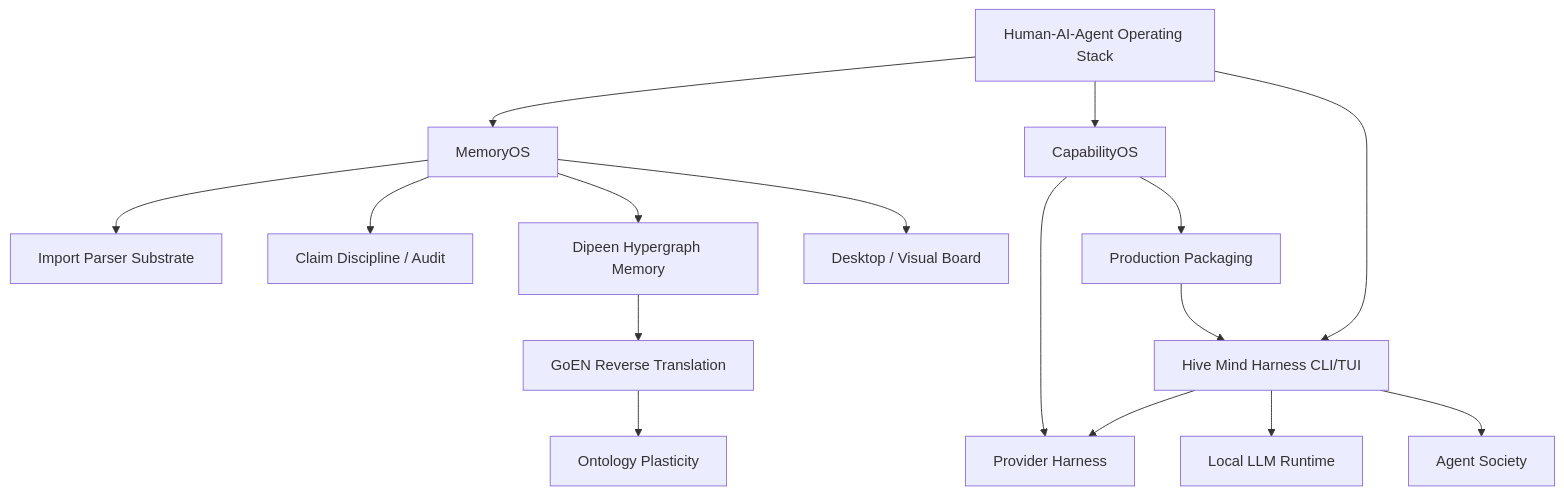
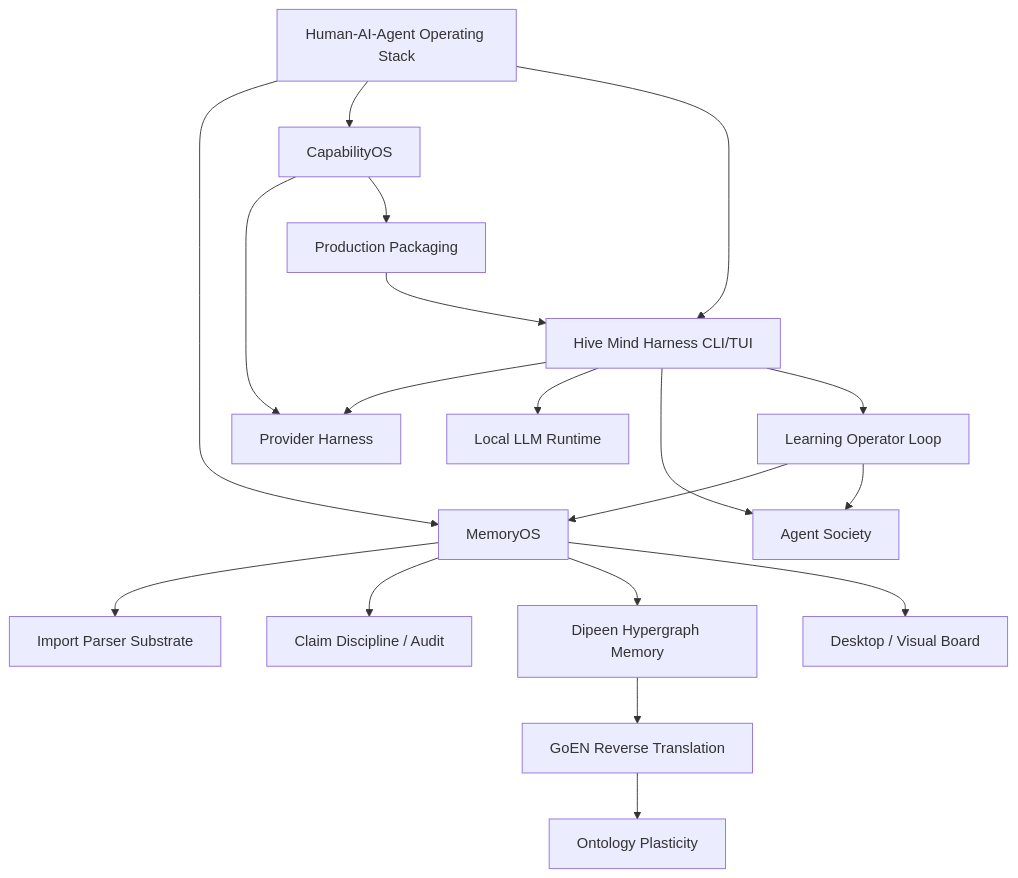
Before and after one commit to cjw0076/hivemind: the diagram in docs/VISION_GRAPH.md, drawn with Mermaid. The commit also changed other lines of this file and 50 other files, not shown here.

````diff
--- a/docs/VISION_GRAPH.md
+++ b/docs/VISION_GRAPH.md
@@ -7,33 +7,37 @@
 ```mermaid
 graph TD
   V0[Human-AI-Agent Operating Stack]
   V1[MemoryOS]
   V2[CapabilityOS]
   V3[Hive Mind Harness CLI/TUI]
   V4[Provider Harness]
   V5[Local LLM Runtime]
   V6[Agent Society]
   V7[Dipeen Hypergraph Memory]
   V8[GoEN Reverse Translation]
   V9[Ontology Plasticity]
   V10[Desktop / Visual Board]
   V11[Import Parser Substrate]
   V12[Claim Discipline / Audit]
   V13[Production Packaging]
+  V14[Learning Operator Loop]
 
   V0 --> V1
   V0 --> V2
   V0 --> V3
   V3 --> V4
   V3 --> V5
   V3 --> V6
   V1 --> V11
   V1 --> V12
   V1 --> V7
   V2 --> V4
   V2 --> V13
+  V3 --> V14
+  V14 --> V1
+  V14 --> V6
   V7 --> V8
   V8 --> V9
   V1 --> V10
   V13 --> V3
 ```
````
